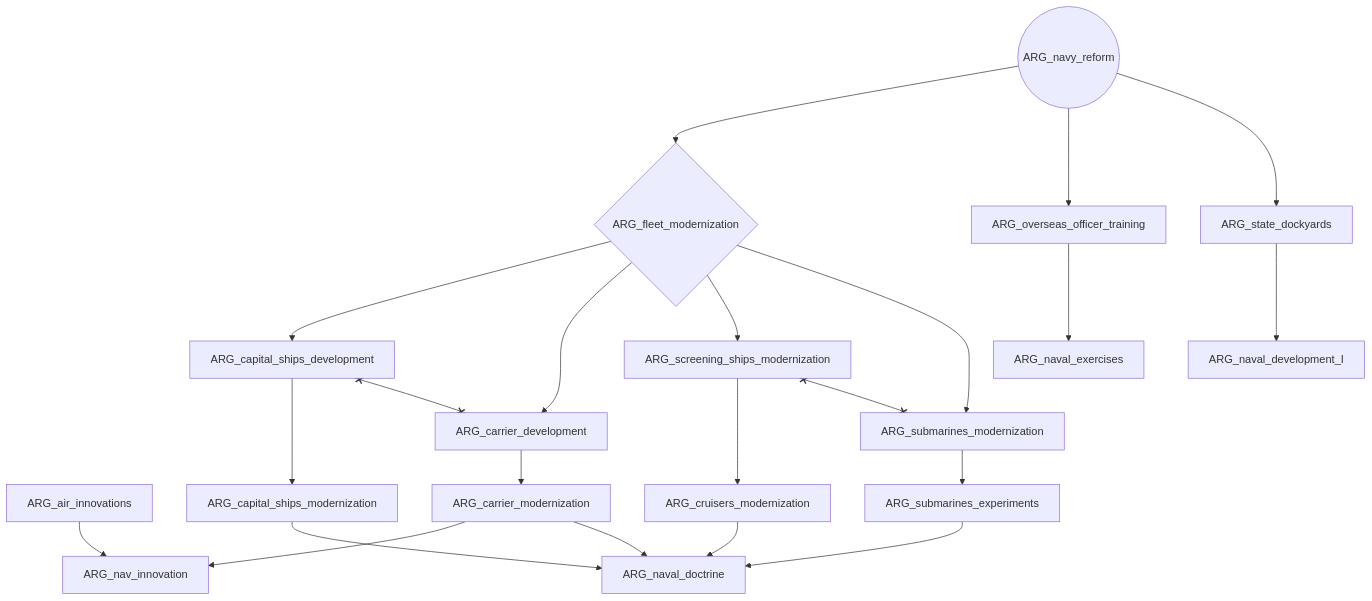
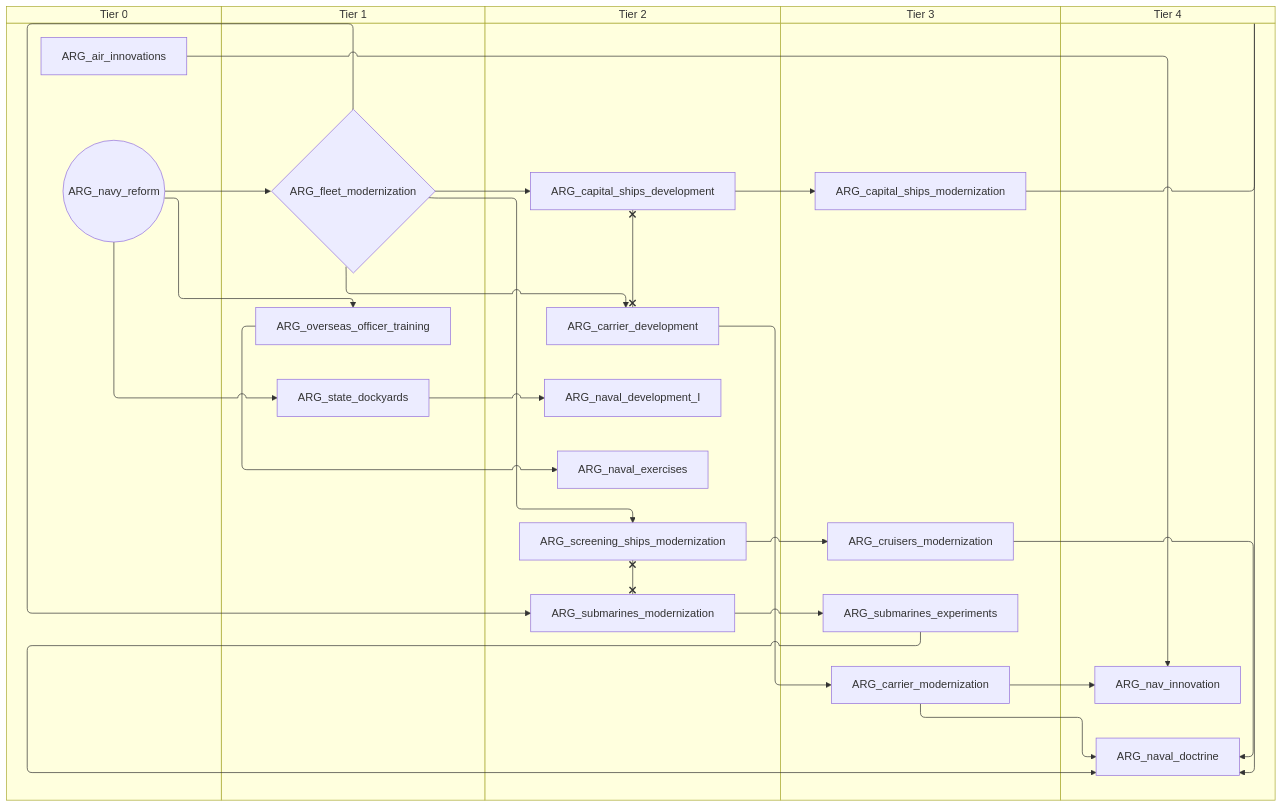
The fifth of 5 diagrams in docs/gdd/National Focuses/r56_argentina.md (evgeny-sobol/hoi4-sandbox-mode-r56), drawn with Mermaid before and after one commit. The commit also changed other lines of this file and 423 other files, not shown here.

First line of the commit message:
Re-export Rt56 focus trees as swimlane diagrams

````diff
--- a/docs/gdd/National Focuses/r56_argentina.md
+++ b/docs/gdd/National Focuses/r56_argentina.md
@@ -286,41 +338,51 @@
 ```mermaid
-flowchart TD
-    n5["ARG_air_innovations"]
-    n118["ARG_capital_ships_development"]
-    n119["ARG_capital_ships_modernization"]
-    n120["ARG_carrier_development"]
-    n8["ARG_carrier_modernization"]
-    n121["ARG_cruisers_modernization"]
-    n122{"ARG_fleet_modernization"}
-    n12["ARG_nav_innovation"]
-    n123["ARG_naval_development_I"]
-    n124["ARG_naval_doctrine"]
-    n125["ARG_naval_exercises"]
-    n126(("ARG_navy_reform"))
-    n127["ARG_overseas_officer_training"]
-    n128["ARG_screening_ships_modernization"]
-    n129["ARG_state_dockyards"]
-    n130["ARG_submarines_experiments"]
-    n131["ARG_submarines_modernization"]
-    n122 --> n118
+swimlane-beta TD
+    subgraph tier_0["Tier 0"]
+        n10["ARG_air_innovations"]
+        n118(("ARG_navy_reform"))
+    end
+    subgraph tier_1["Tier 1"]
+        n119{"ARG_fleet_modernization"}
+        n120["ARG_overseas_officer_training"]
+        n121["ARG_state_dockyards"]
+    end
+    subgraph tier_2["Tier 2"]
+        n122["ARG_capital_ships_development"]
+        n123["ARG_carrier_development"]
+        n124["ARG_naval_development_I"]
+        n125["ARG_naval_exercises"]
+        n126["ARG_screening_ships_modernization"]
+        n127["ARG_submarines_modernization"]
+    end
+    subgraph tier_3["Tier 3"]
+        n128["ARG_capital_ships_modernization"]
+        n2["ARG_carrier_modernization"]
+        n129["ARG_cruisers_modernization"]
+        n130["ARG_submarines_experiments"]
+    end
+    subgraph tier_4["Tier 4"]
+        n12["ARG_nav_innovation"]
+        n131["ARG_naval_doctrine"]
+    end
+    n119 --> n122
+    n122 --> n128
+    n119 --> n123
+    n123 --> n2
+    n126 --> n129
     n118 --> n119
-    n122 --> n120
-    n120 --> n8
-    n128 --> n121
-    n126 --> n122
-    n8 --> n12
-    n5 --> n12
-    n129 --> n123
+    n2 --> n12
+    n10 --> n12
     n121 --> n124
-    n130 --> n124
-    n119 --> n124
-    n8 --> n124
-    n127 --> n125
-    n126 --> n127
-    n122 --> n128
-    n126 --> n129
-    n131 --> n130
-    n122 --> n131
-    n118 x--x n120
-    n128 x--x n131
+    n129 --> n131
+    n130 --> n131
+    n128 --> n131
+    n2 --> n131
+    n120 --> n125
+    n118 --> n120
+    n119 --> n126
+    n118 --> n121
+    n127 --> n130
+    n119 --> n127
+    n122 x--x n123
+    n126 x--x n127
 ```
````
